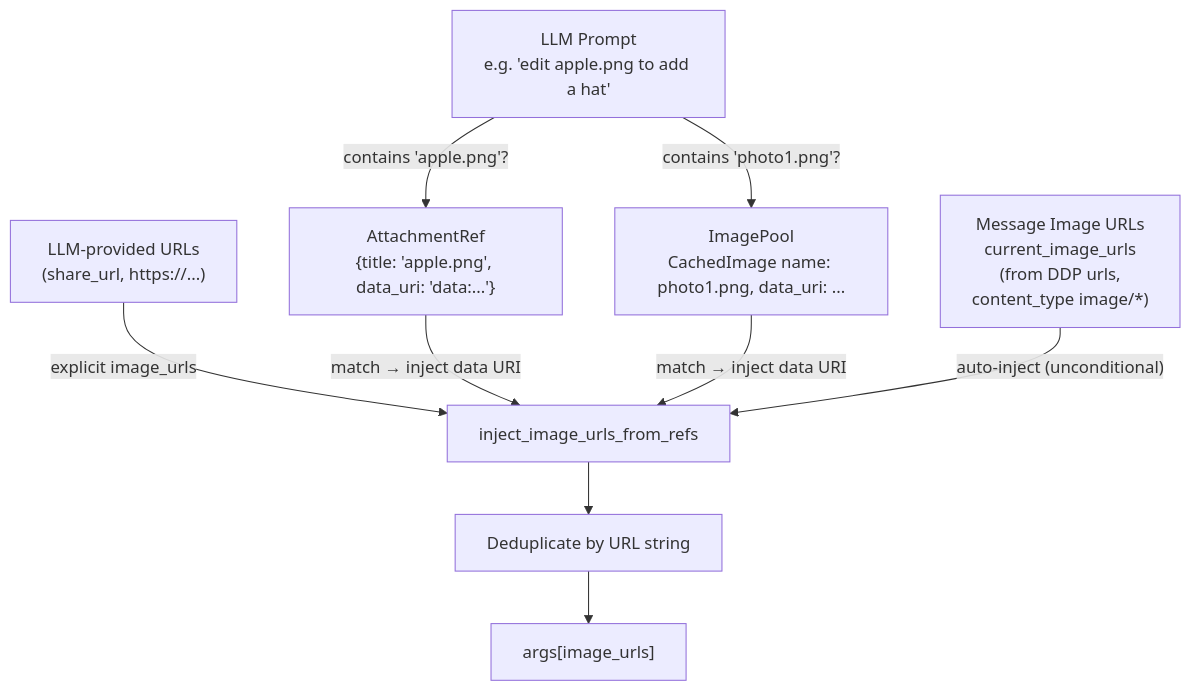
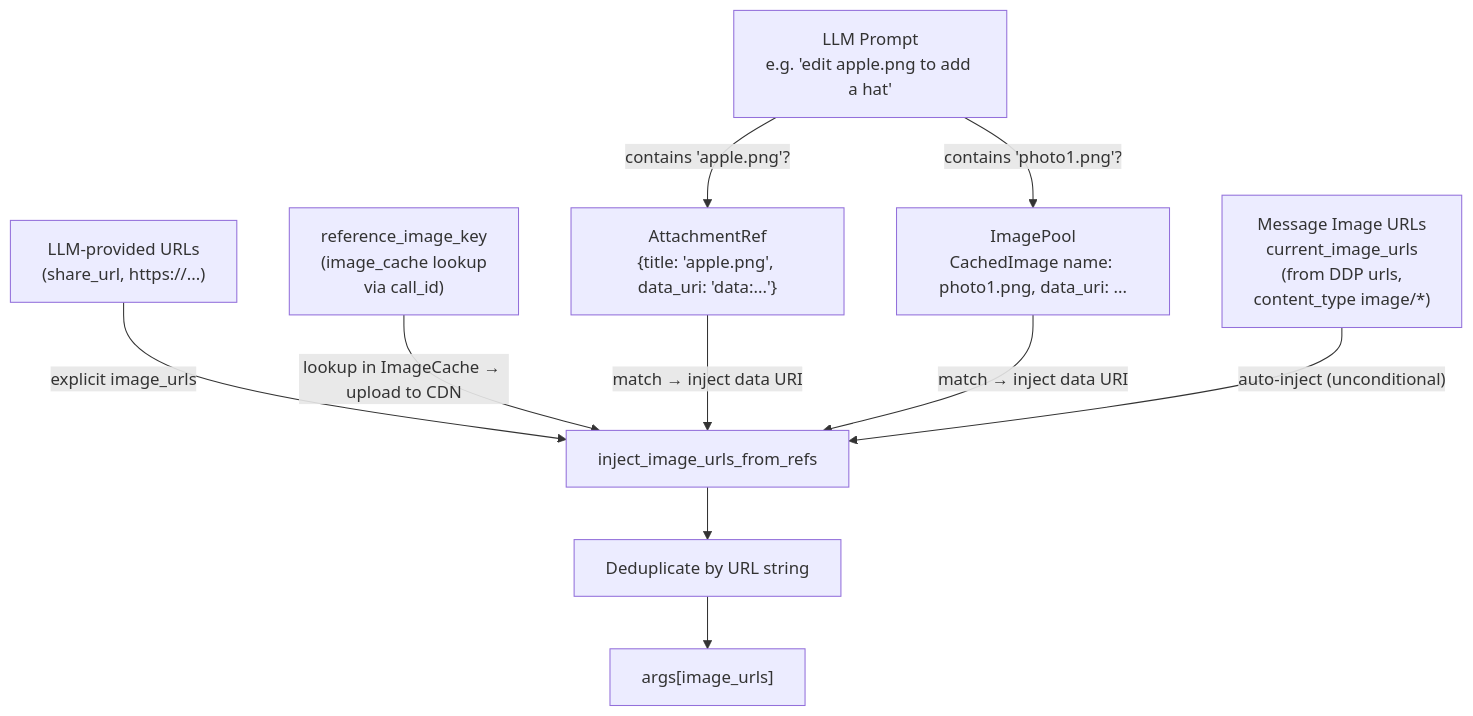
Before and after one commit to cosmoswafer/rockbot: the fourth of 5 diagrams in _dfd/interception/image-interception.md, drawn with Mermaid. The commit also changed other lines of this file and 8 other files, not shown here.

First line of the commit message:
perf: add knowledge cache TTL, optimize JSON byte counting, add reference_image_key for image editing

````diff
--- a/_dfd/interception/image-interception.md
+++ b/_dfd/interception/image-interception.md
@@ -132,21 +134,23 @@
 ```mermaid
 flowchart TD
     PROMPT[LLM Prompt<br/>e.g. 'edit apple.png to add a hat']
     ATTACH_REF["AttachmentRef<br/>{title: 'apple.png', data_uri: 'data:...'}"]
     IMG_POOL["ImagePool<br/>CachedImage name: photo1.png, data_uri: ..."]
     AGENT_URL["LLM-provided URLs<br/>(share_url, https://...)"]
     MSG_URLS["Message Image URLs<br/>current_image_urls<br/>(from DDP urls,<br/>content_type image/*)"]
+    REF_KEY["reference_image_key<br/>(image_cache lookup<br/>via call_id)"]
 
     INJECT[inject_image_urls_from_refs]
     DEDUP[Deduplicate by URL string]
     OUT["args[image_urls]"]
 
     PROMPT -->|"contains 'apple.png'?"| ATTACH_REF
     PROMPT -->|"contains 'photo1.png'?"| IMG_POOL
     AGENT_URL -->|"explicit image_urls"| INJECT
+    REF_KEY -->|"lookup in ImageCache → upload to CDN"| INJECT
     ATTACH_REF -->|"match → inject data URI"| INJECT
     IMG_POOL -->|"match → inject data URI"| INJECT
     MSG_URLS -->|"auto-inject (unconditional)"| INJECT
     INJECT --> DEDUP
     DEDUP --> OUT
 ```
````
